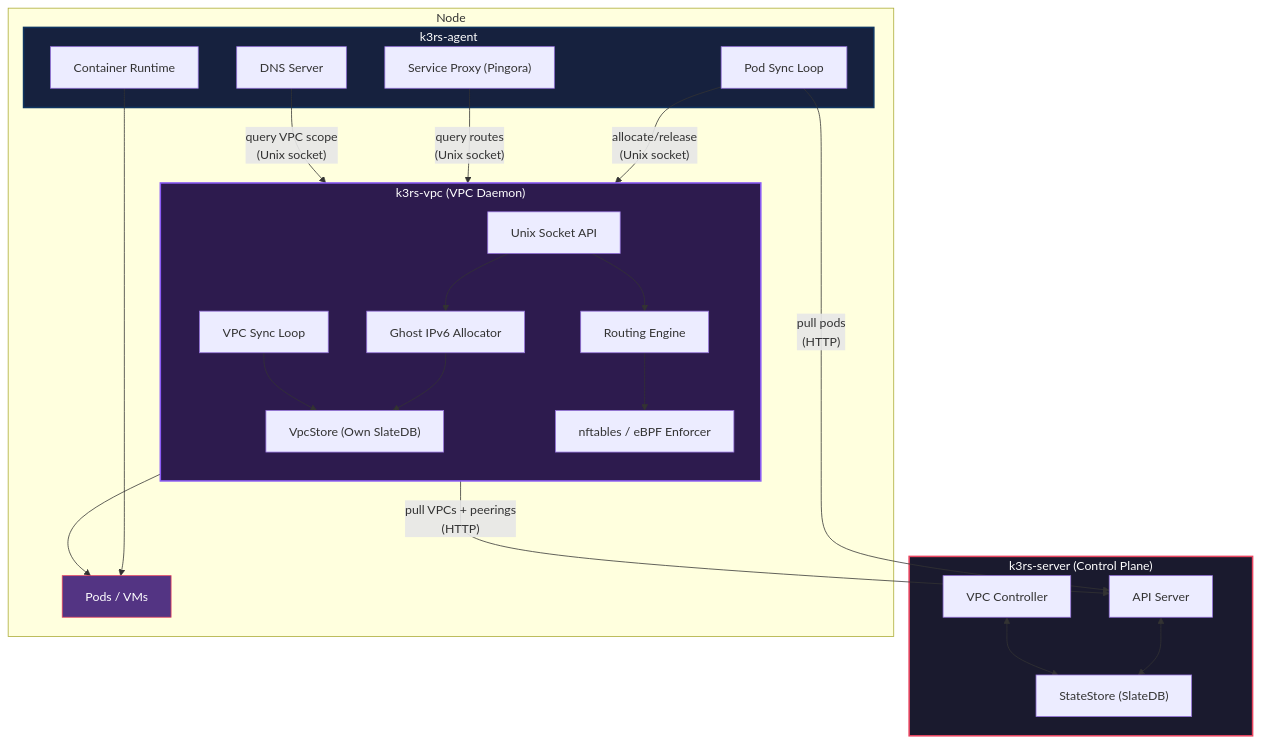
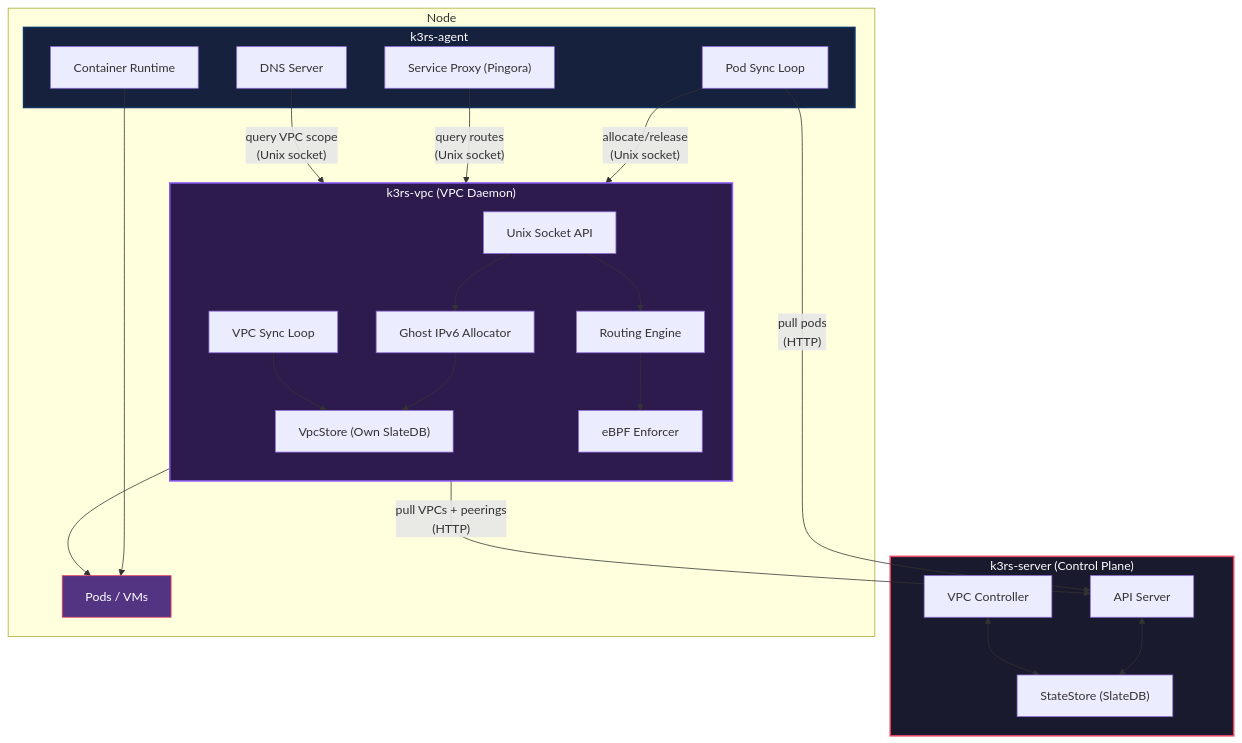
The second of 2 diagrams in spec.md (AssetsArt/k3rs), drawn with Mermaid before and after one commit. The commit also changed other lines of this file, not shown here.

Commit message:
refactor: update VPC spec to detail IPv6-native eBPF enforcement with Ghost IPv6 and remove nftables references.

````diff
--- a/spec.md
+++ b/spec.md
@@ -281,51 +293,51 @@
 ```mermaid
 graph TB
     subgraph server["k3rs-server (Control Plane)"]
         API["API Server"]
         VPC_CTRL["VPC Controller"]
         DB["StateStore (SlateDB)"]
         API <--> DB
         VPC_CTRL <--> DB
     end
 
     subgraph node["Node"]
         subgraph vpc_daemon["k3rs-vpc (VPC Daemon)"]
             direction TB
             VPC_SYNC["VPC Sync Loop"]
             GHOST["Ghost IPv6 Allocator"]
             ROUTE["Routing Engine"]
-            NFT["nftables / eBPF Enforcer"]
+            EBPF["eBPF Enforcer"]
             VPC_STORE["VpcStore (Own SlateDB)"]
             VPC_SOCK["Unix Socket API"]
 
             VPC_SYNC --> VPC_STORE
             GHOST --> VPC_STORE
-            ROUTE --> NFT
+            ROUTE --> EBPF
             VPC_SOCK --> GHOST
             VPC_SOCK --> ROUTE
         end
 
         subgraph agent["k3rs-agent"]
             POD_SYNC["Pod Sync Loop"]
             RUNTIME["Container Runtime"]
             SPROXY["Service Proxy (Pingora)"]
             DNS_SRV["DNS Server"]
         end
 
         PODS["Pods / VMs"]
 
         POD_SYNC -- "allocate/release\n(Unix socket)" --> VPC_SOCK
         SPROXY -- "query routes\n(Unix socket)" --> VPC_SOCK
         DNS_SRV -- "query VPC scope\n(Unix socket)" --> VPC_SOCK
         RUNTIME --> PODS
-        NFT --> PODS
+        EBPF --> PODS
     end
 
     VPC_SYNC -- "pull VPCs + peerings\n(HTTP)" --> API
     POD_SYNC -- "pull pods\n(HTTP)" --> API
 
     style vpc_daemon fill:#2d1b4e,stroke:#8b5cf6,stroke-width:2px,color:#fff
     style agent fill:#16213e,stroke:#0f3460,stroke-width:2px,color:#fff
     style server fill:#1a1a2e,stroke:#e94560,stroke-width:2px,color:#fff
     style PODS fill:#533483,stroke:#e94560,color:#fff
 ```
````
